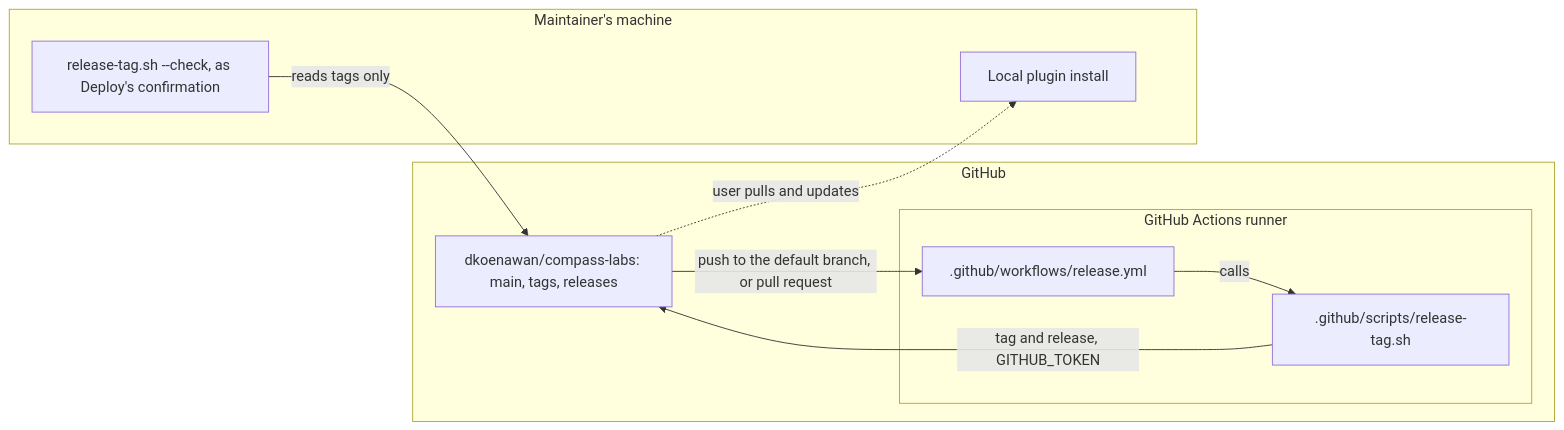
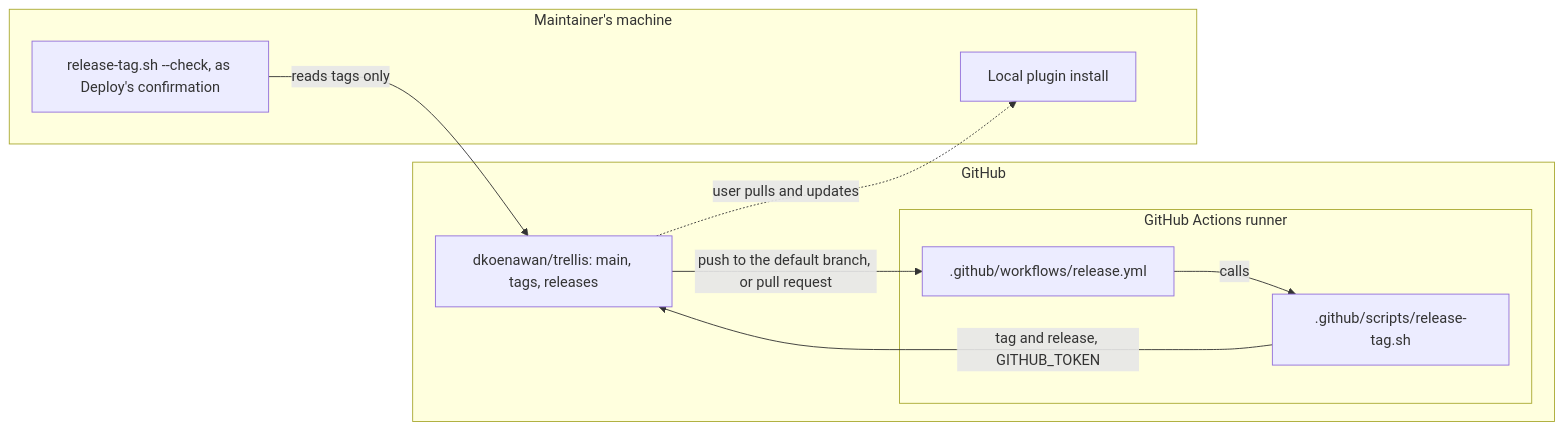
The fourth of 4 diagrams in docs/explanation/deploy/overview.md (dkoenawan/compass-labs), drawn with Mermaid before and after one commit. The commit also changed other lines of this file and 78 other files, not shown here.

````diff
--- a/docs/explanation/deploy/overview.md
+++ b/docs/explanation/deploy/overview.md
@@ -139,19 +139,19 @@
 ```mermaid
 flowchart LR
   subgraph GH["GitHub"]
-    REPO["dkoenawan/compass-labs: main, tags, releases"]
+    REPO["dkoenawan/trellis: main, tags, releases"]
     subgraph RUNNER["GitHub Actions runner"]
       WF[".github/workflows/release.yml"]
       SCRIPT[".github/scripts/release-tag.sh"]
     end
   end
   subgraph LOCAL["Maintainer's machine"]
     CHECK["release-tag.sh --check, as Deploy's confirmation"]
     CACHE["Local plugin install"]
   end
   REPO -->|"push to the default branch, or pull request"| WF
   WF -->|"calls"| SCRIPT
   SCRIPT -->|"tag and release, GITHUB_TOKEN"| REPO
   CHECK -->|"reads tags only"| REPO
   REPO -.->|"user pulls and updates"| CACHE
 ```
````
